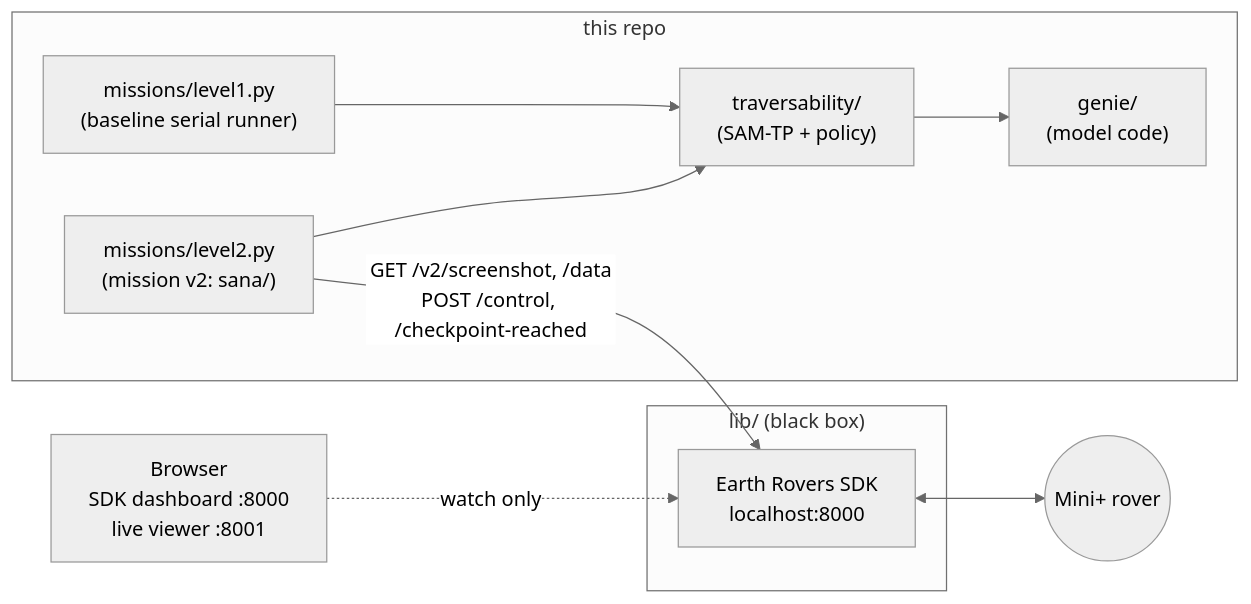
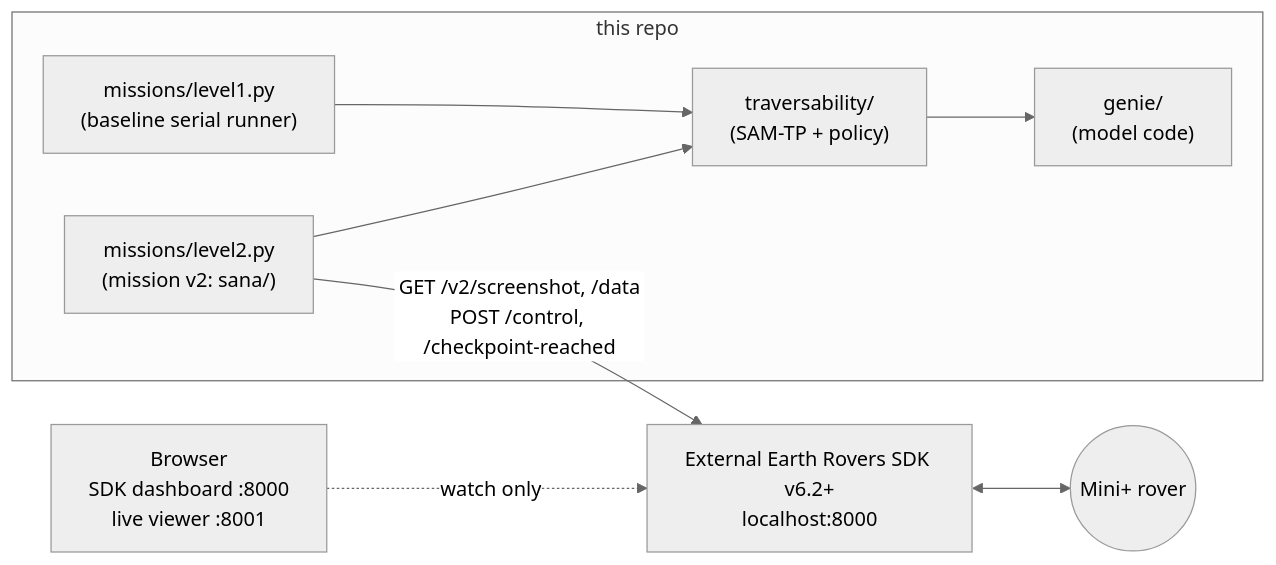
One commit to sanatem/sana-earth-rover-policy changed the diagram in README.md. Above: the diagram before and after it, drawn with Mermaid (neutral theme). The commit also changed other lines of this file and 4 other files, not shown here.

````diff
--- a/README.md
+++ b/README.md
@@ -16,20 +17,18 @@
 ```mermaid
 flowchart LR
     subgraph "this repo"
         M2["missions/level2.py<br/>(mission v2: sana/)"]
         M1["missions/level1.py<br/>(baseline serial runner)"]
         T["traversability/<br/>(SAM-TP + policy)"]
         G["genie/<br/>(model code)"]
         M2 --> T --> G
         M1 --> T
     end
-    subgraph "lib/ (black box)"
-        S["Earth Rovers SDK<br/>localhost:8000"]
-    end
+    S["External Earth Rovers SDK v6.2+<br/>localhost:8000"]
     B["Browser<br/>SDK dashboard :8000<br/>live viewer :8001"]
     R(("Mini+ rover"))
 
     M2 -- "GET /v2/screenshot, /data<br/>POST /control, /checkpoint-reached" --> S
     B -. "watch only" .-> S
     S <--> R
 ```
````
